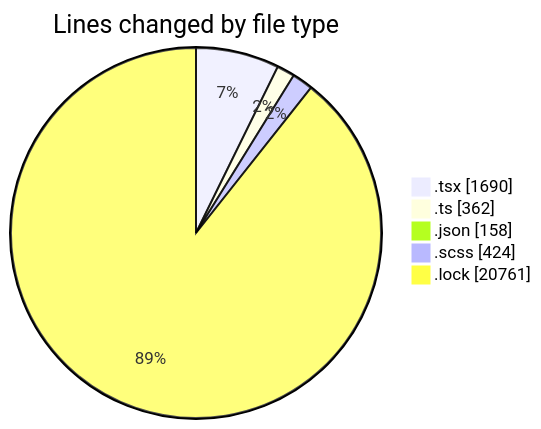
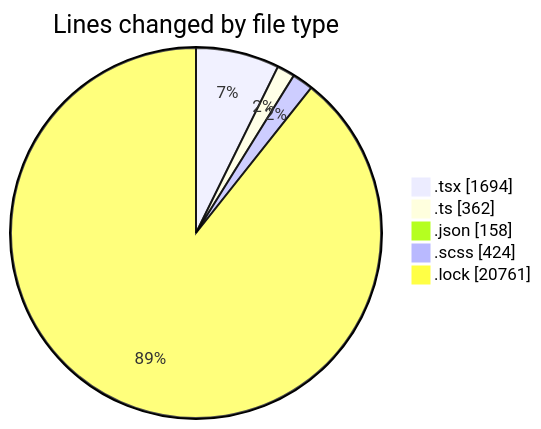
Before and after one commit to momahboobian/code-tracking: the first of 2 diagrams in 2025-04-29/cda/README.md, drawn with Mermaid. The commit also changed other lines of this file and 1 other file, not shown here.

````diff
--- a/2025-04-29/cda/README.md
+++ b/2025-04-29/cda/README.md
@@ -42,9 +42,9 @@
 ```mermaid
 pie showData
 title Lines changed by file type
-".tsx" : 1690
+".tsx" : 1694
 ".ts" : 362
 ".json" : 158
 ".scss" : 424
 ".lock" : 20761
 ```
````
